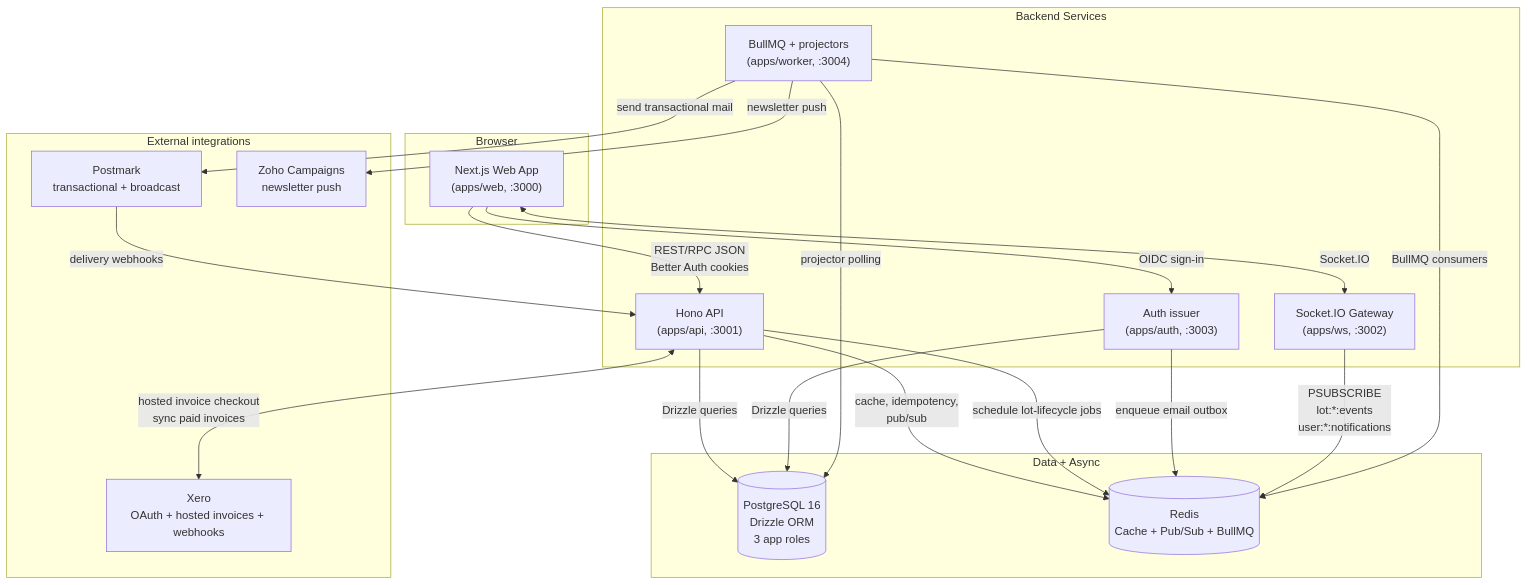
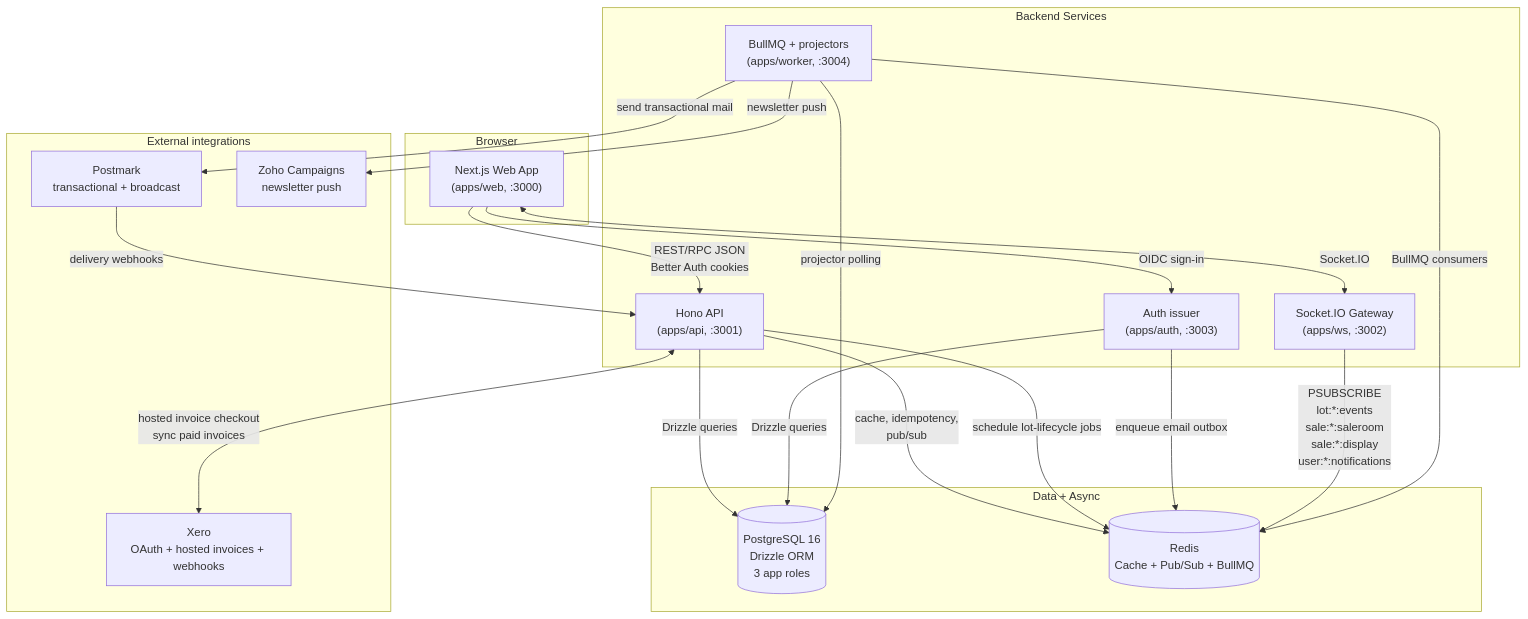
Before and after one commit to LAX-UK/monorepo: the first of 8 diagrams in docs/DIAGRAMS.md, drawn with Mermaid. The commit also changed 25 other files, not shown here.

````diff
--- a/docs/DIAGRAMS.md
+++ b/docs/DIAGRAMS.md
@@ -11,40 +11,40 @@
 ```mermaid
 flowchart TB
     subgraph Client["Browser"]
         WEB["Next.js Web App<br/>(apps/web, :3000)"]
     end
 
     subgraph Backend["Backend Services"]
         API["Hono API<br/>(apps/api, :3001)"]
         AUTH["Auth issuer<br/>(apps/auth, :3003)"]
         WS["Socket.IO Gateway<br/>(apps/ws, :3002)"]
         WORKER["BullMQ + projectors<br/>(apps/worker, :3004)"]
     end
 
     subgraph Data["Data + Async"]
         PG[("PostgreSQL 16<br/>Drizzle ORM<br/>3 app roles")]
         REDIS[("Redis<br/>Cache + Pub/Sub + BullMQ")]
     end
 
     subgraph External["External integrations"]
         XERO["Xero<br/>OAuth + hosted invoices + webhooks"]
         POSTMARK["Postmark<br/>transactional + broadcast"]
         ZOHO_C["Zoho Campaigns<br/>newsletter push"]
     end
 
     WEB -->|"REST/RPC JSON<br/>Better Auth cookies"| API
     WEB -->|"OIDC sign-in"| AUTH
     WEB <-->|"Socket.IO"| WS
     API -->|"Drizzle queries"| PG
     AUTH -->|"Drizzle queries"| PG
     API -->|"cache, idempotency,<br/>pub/sub"| REDIS
     API -->|"schedule lot-lifecycle jobs"| REDIS
     AUTH -->|"enqueue email outbox"| REDIS
-    WS -->|"PSUBSCRIBE<br/>lot:*:events<br/>user:*:notifications"| REDIS
+    WS -->|"PSUBSCRIBE<br/>lot:*:events<br/>sale:*:saleroom<br/>sale:*:display<br/>user:*:notifications"| REDIS
     WORKER -->|"BullMQ consumers"| REDIS
     WORKER -->|"projector polling"| PG
     API <-->|"hosted invoice checkout<br/>sync paid invoices"| XERO
     WORKER -->|"send transactional mail"| POSTMARK
     POSTMARK -->|"delivery webhooks"| API
     WORKER -->|"newsletter push"| ZOHO_C
 ```
````
